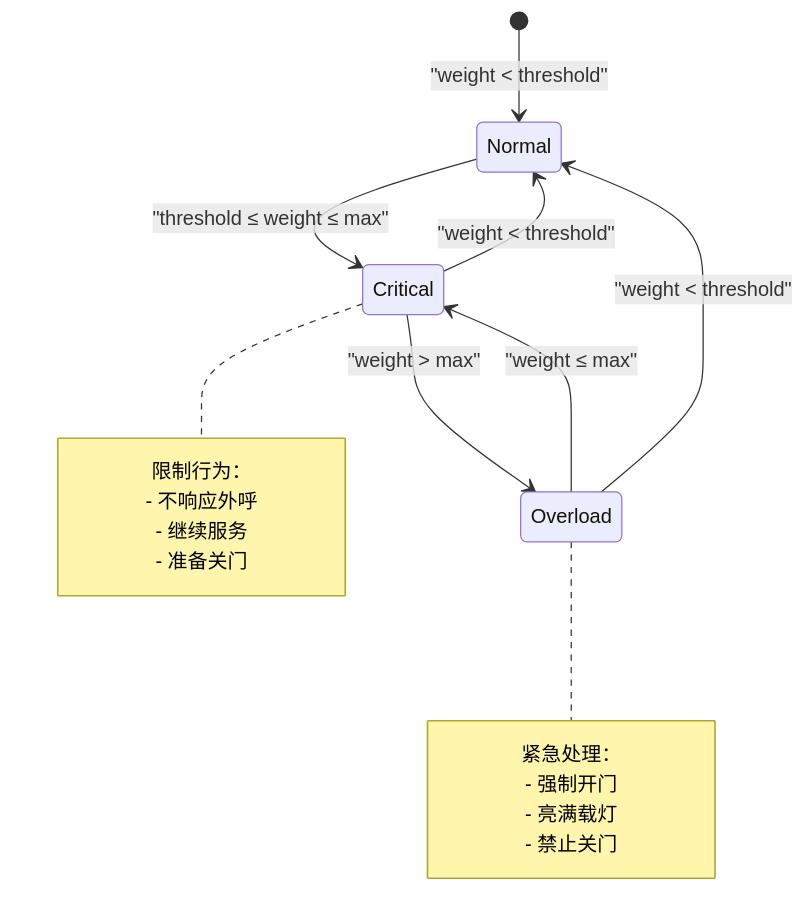
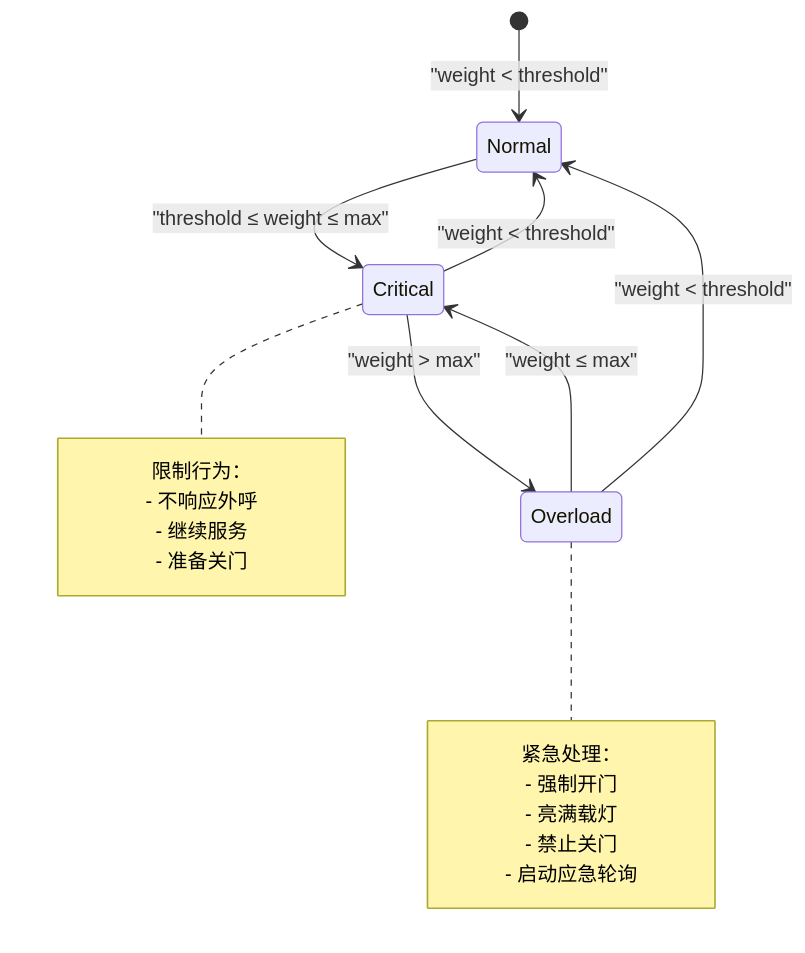
Before and after one commit to xmb505/Haku_EET: the fifth of 11 diagrams in .qoder/repowiki/zh/content/小脑模块/小脑模块.md, drawn with Mermaid. The commit also changed other lines of this file and 27 other files, not shown here.

````diff
--- a/.qoder/repowiki/zh/content/小脑模块/小脑模块.md
+++ b/.qoder/repowiki/zh/content/小脑模块/小脑模块.md
@@ -301,21 +312,22 @@
 ```mermaid
 stateDiagram-v2
 [*] --> Normal : "weight < threshold"
 Normal --> Critical : "threshold ≤ weight ≤ max"
 Critical --> Normal : "weight < threshold"
 Critical --> Overload : "weight > max"
 Overload --> Critical : "weight ≤ max"
 Overload --> Normal : "weight < threshold"
 note right of Overload
 紧急处理：
 - 强制开门
 - 亮满载灯
 - 禁止关门
+- 启动应急轮询
 end note
 note right of Critical
 限制行为：
 - 不响应外呼
 - 继续服务
 - 准备关门
 end note
 ```
````
